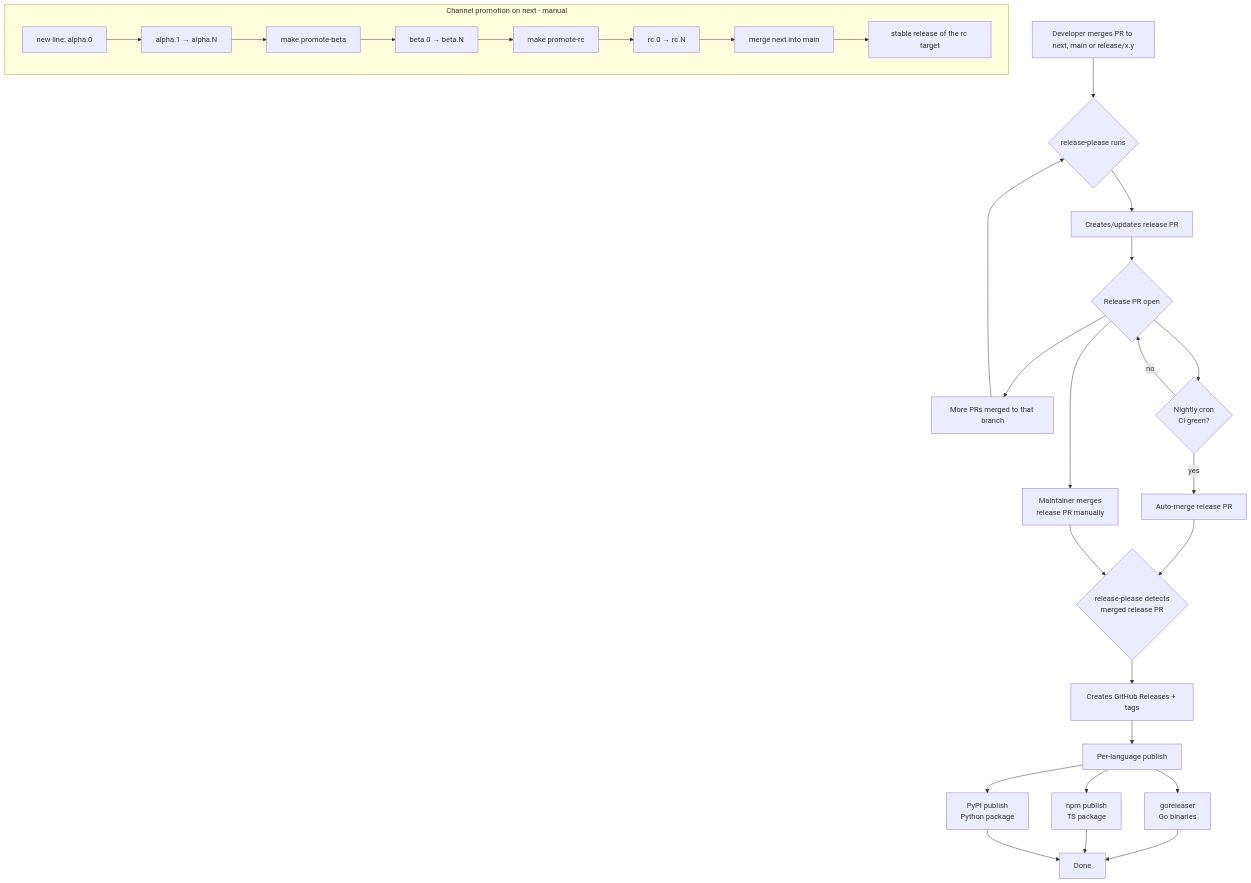
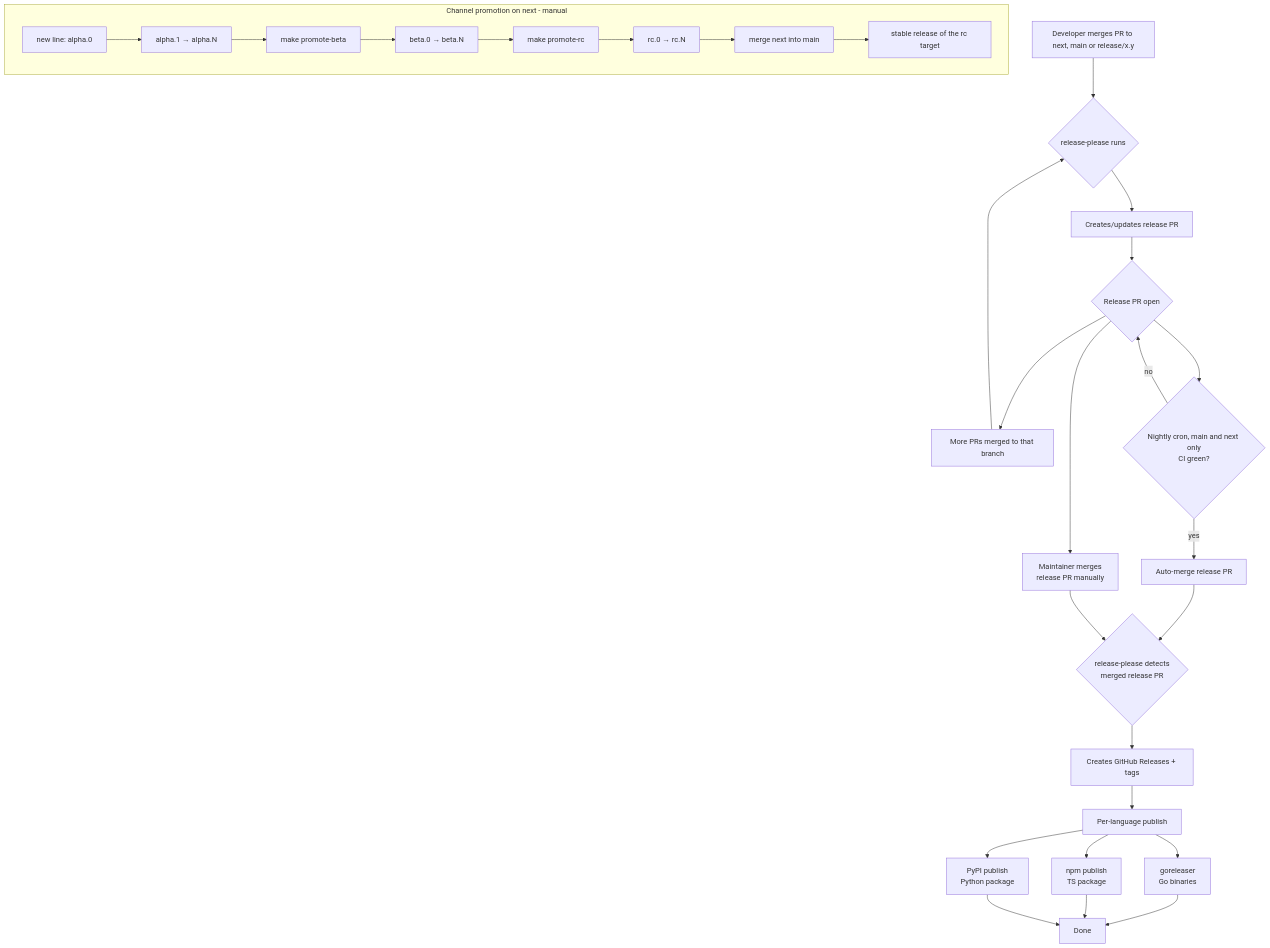
Before and after one commit to hop-top/poly-kit: the diagram in docs/contributors/releasing.md, drawn with Mermaid. The commit also changed 1 other file, not shown here.

Commit message:
docs(release): nightly auto-merge scope, plain-merge comment
releasing.md flow: nightly cron covers main and next only.
nightly-release comment: drop per-package commit rationale; one release
PR may cover several packages.

````diff
--- a/docs/contributors/releasing.md
+++ b/docs/contributors/releasing.md
@@ -904,39 +904,39 @@
 ```mermaid
 flowchart TD
     A["Developer merges PR to next, main or release/x.y"] --> B{release-please runs}
     B --> C[Creates/updates release PR]
     C --> D{Release PR open}
 
     D --> E[More PRs merged to that branch]
     E --> B
 
-    D --> F{Nightly cron\nCI green?}
+    D --> F{Nightly cron, main and next only\nCI green?}
     F -- no --> D
     F -- yes --> G[Auto-merge release PR]
 
     D --> H[Maintainer merges\nrelease PR manually]
 
     G --> I{release-please detects\nmerged release PR}
     H --> I
 
     I --> J[Creates GitHub Releases + tags]
     J --> K[Per-language publish]
 
     K --> L[goreleaser\nGo binaries]
     K --> M[npm publish\nTS package]
     K --> N[PyPI publish\nPython package]
 
     L --> O[Done]
     M --> O
     N --> O
 
     subgraph Channel promotion on next - manual
         P[new line: alpha.0] --> Q[alpha.1 → alpha.N]
         Q --> R[make promote-beta]
         R --> S[beta.0 → beta.N]
         S --> T[make promote-rc]
         T --> U[rc.0 → rc.N]
         U --> V[merge next into main]
         V --> W[stable release of the rc target]
     end
 ```
````
